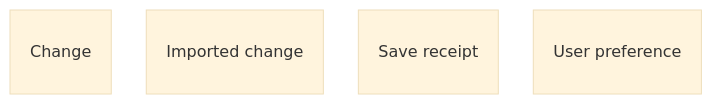
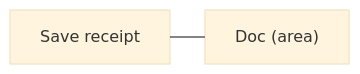
One commit to DoctorCRE/doctorcre-engine changed the third of 4 diagrams in docs/database/tables/viewpoint-changes-preferences.md. Above: the diagram before and after it, drawn with Mermaid (base theme). The commit also changed other lines of this file and 153 other files, not shown here.

````diff
--- a/docs/database/tables/viewpoint-changes-preferences.md
+++ b/docs/database/tables/viewpoint-changes-preferences.md
@@ -3,14 +41,12 @@
 ```mermaid
 ---
 config:
   layout: elk
-  er:
-    nodeSpacing: 22
-    rankSpacing: 44
+  flowchart:
+    htmlLabels: false
 ---
-erDiagram
-  "Change"
-  "Imported change"
-  "Save receipt"
-  "User preference"
+flowchart LR
+  center["Save receipt"]
+  n0["Doc (area)"]
+  center --- n0
 ```
````
